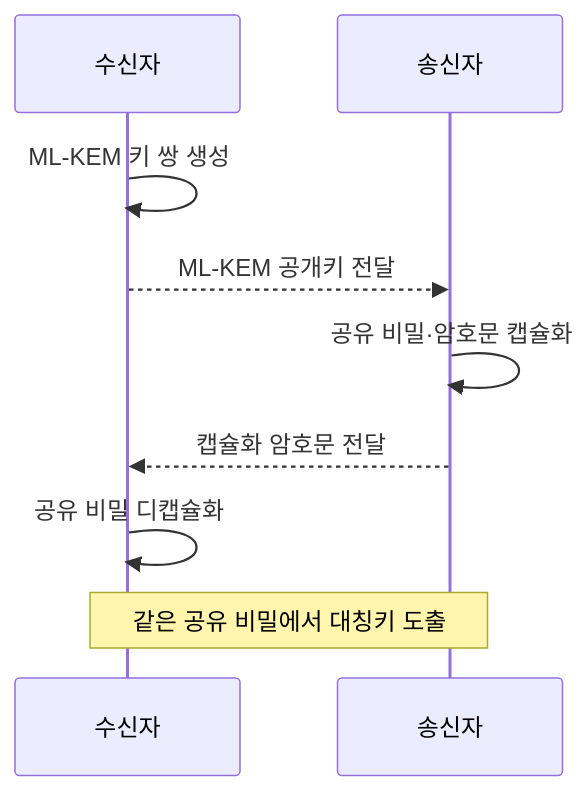
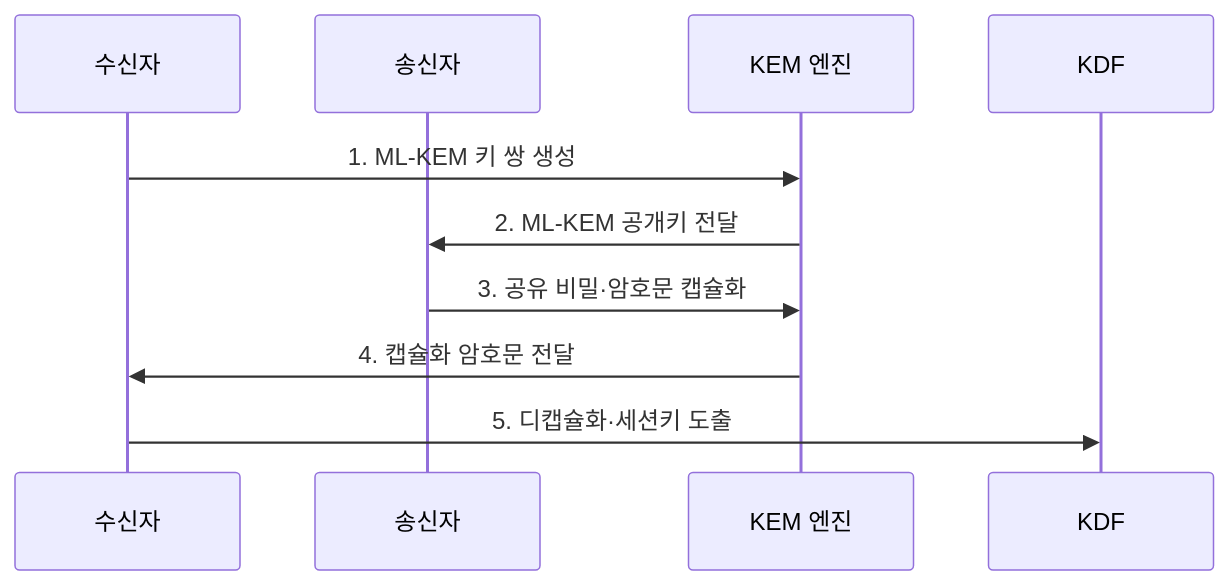
One commit to agnusdei1207/knowledge-base changed the second of 2 diagrams in src/content/docs/notes/05-security/012_post_quantum_cryptography.md. Above: the diagram before and after it, drawn with Mermaid. The commit also changed other lines of this file and 22 other files, not shown here.

````diff
--- a/src/content/docs/notes/05-security/012_post_quantum_cryptography.md
+++ b/src/content/docs/notes/05-security/012_post_quantum_cryptography.md
@@ -87,11 +89,12 @@
 ```mermaid
 sequenceDiagram
     participant R as 수신자
     participant S as 송신자
-    R->>R: ML-KEM 키 쌍 생성
-    R-->>S: ML-KEM 공개키 전달
-    S->>S: 공유 비밀·암호문 캡슐화
-    S-->>R: 캡슐화 암호문 전달
-    R->>R: 공유 비밀 디캡슐화
-    Note over R,S: 같은 공유 비밀에서 대칭키 도출
+    participant K as KEM 엔진
+    participant D as KDF
+    R->>K: 1. ML-KEM 키 쌍 생성
+    K->>S: 2. ML-KEM 공개키 전달
+    S->>K: 3. 공유 비밀·암호문 캡슐화
+    K->>R: 4. 캡슐화 암호문 전달
+    R->>D: 5. 디캡슐화·세션키 도출
 ```
````
